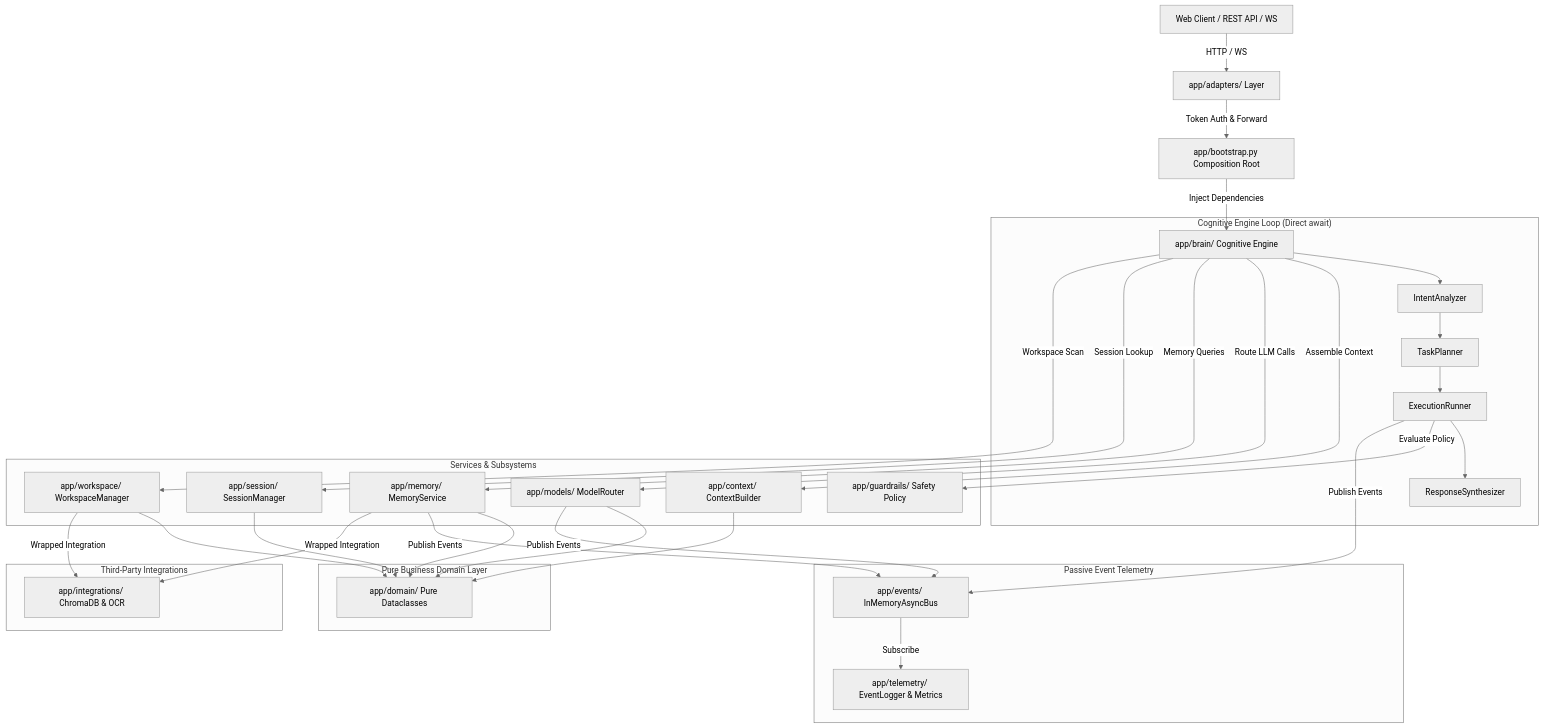
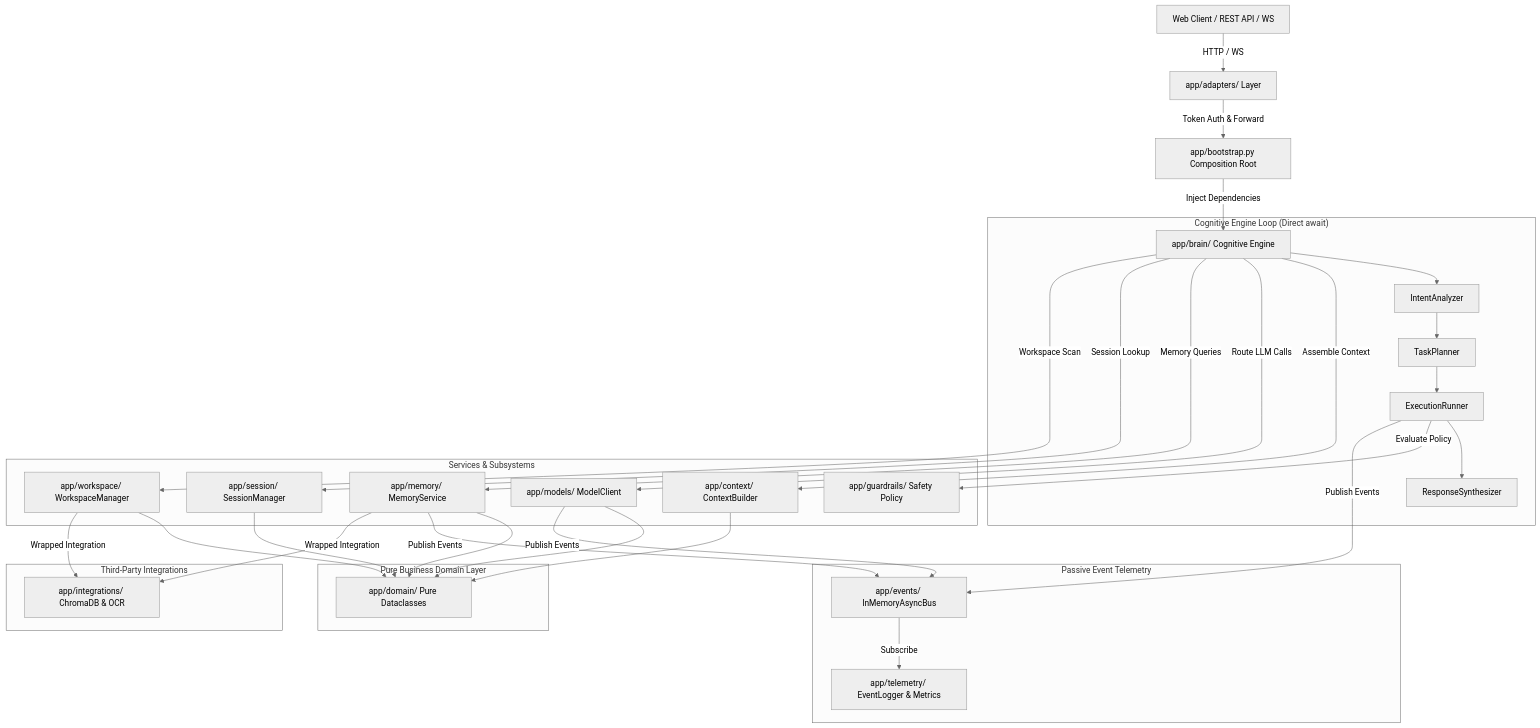
The first of 2 diagrams in docs/ARCHITECTURE.md (Er-Sajan-PLG/JARVIS), drawn with Mermaid (neutral theme) before and after one commit. The commit also changed other lines of this file and 11 other files, not shown here.

````diff
--- a/docs/ARCHITECTURE.md
+++ b/docs/ARCHITECTURE.md
@@ -76,35 +76,35 @@
 ```mermaid
 graph TD
     Client[Web Client / REST API / WS] -->|HTTP / WS| Adapters[app/adapters/ Layer]
     Adapters -->|Token Auth & Forward| Bootstrap[app/bootstrap.py Composition Root]
     Bootstrap -->|Inject Dependencies| Brain[app/brain/ Cognitive Engine]
 
     subgraph "Cognitive Engine Loop (Direct await)"
         Brain --> Analyzer[IntentAnalyzer]
         Analyzer --> Planner[TaskPlanner]
         Planner --> Runner[ExecutionRunner]
         Runner --> Synthesizer[ResponseSynthesizer]
     end
 
     subgraph "Services & Subsystems"
         Runner -->|Evaluate Policy| Safety[app/guardrails/ Safety Policy]
         Brain -->|Assemble Context| Context[app/context/ ContextBuilder]
-        Brain -->|Route LLM Calls| Models[app/models/ ModelRouter]
+        Brain -->|Route LLM Calls| Models[app/models/ ModelClient]
         Brain -->|Memory Queries| Memory[app/memory/ MemoryService]
         Brain -->|Session Lookup| Session[app/session/ SessionManager]
         Brain -->|Workspace Scan| Workspace[app/workspace/ WorkspaceManager]
     end
 
     subgraph "Pure Business Domain Layer"
         Context & Models & Memory & Session & Workspace --> Domain[app/domain/ Pure Dataclasses]
     end
 
     subgraph "Passive Event Telemetry"
         Runner & Models & Memory -->|Publish Events| Bus[app/events/ InMemoryAsyncBus]
         Bus -->|Subscribe| Telemetry[app/telemetry/ EventLogger & Metrics]
     end
 
     subgraph "Third-Party Integrations"
         Memory & Workspace -->|Wrapped Integration| OSS[app/integrations/ ChromaDB & OCR]
     end
 ```
````
